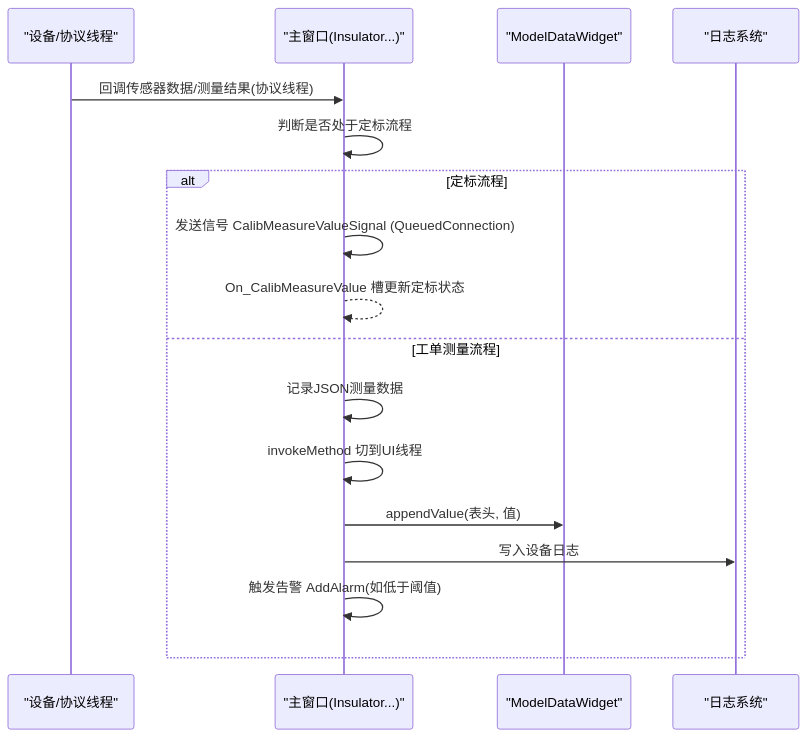
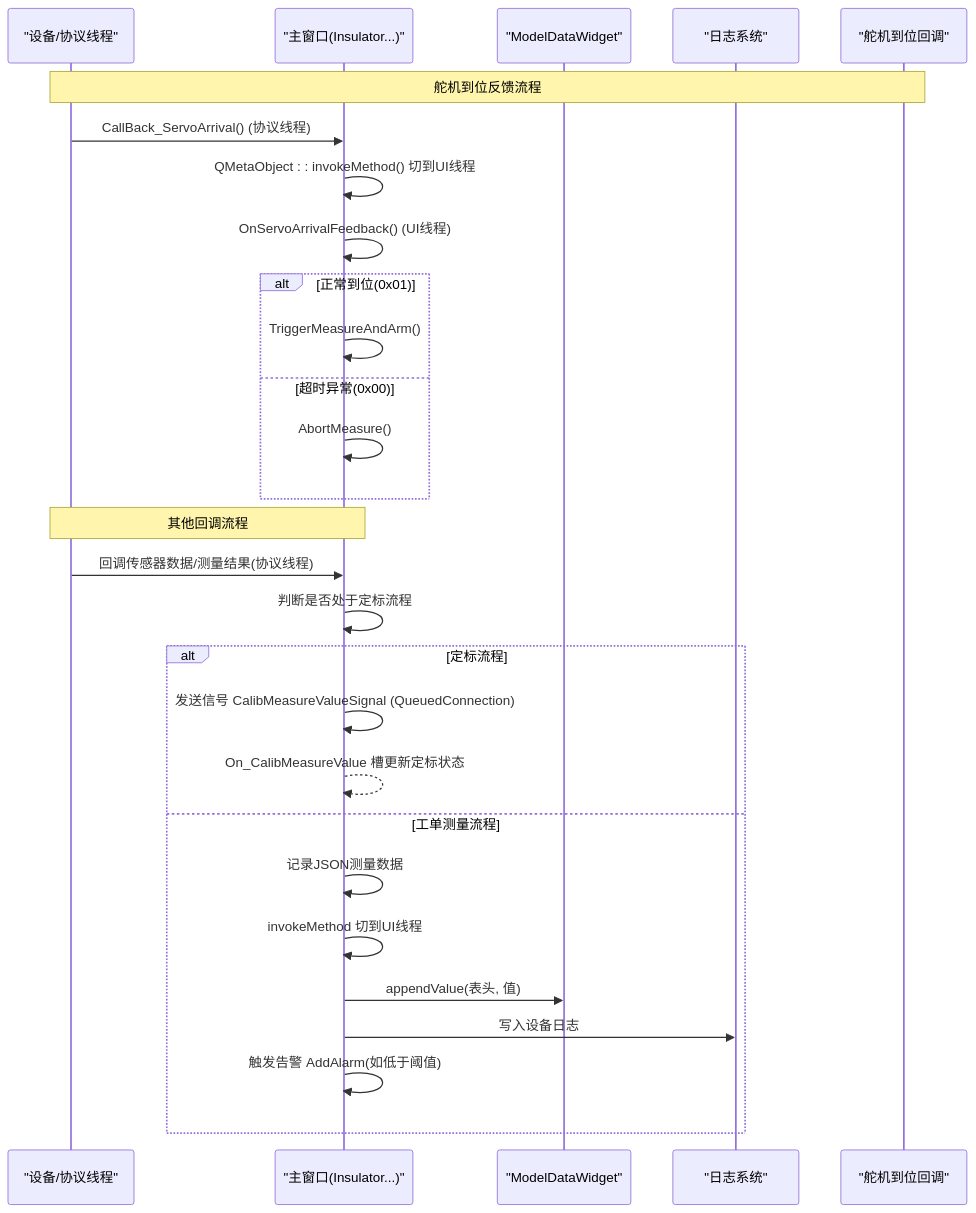
One commit to yangreest/Zero-value-Insulator-Robot-V2 changed the second of 6 diagrams in .qoder/repowiki/zh/content/系统架构/模块结构/UI模块.md. Above: the diagram before and after it, drawn with Mermaid. The commit also changed other lines of this file and 4 other files, not shown here.

````diff
--- a/.qoder/repowiki/zh/content/系统架构/模块结构/UI模块.md
+++ b/.qoder/repowiki/zh/content/系统架构/模块结构/UI模块.md
@@ -83,19 +93,30 @@
 ```mermaid
 sequenceDiagram
 participant Dev as "设备/协议线程"
 participant Main as "主窗口(Insulator...)"
 participant Chart as "ModelDataWidget"
 participant Log as "日志系统"
+participant Servo as "舵机到位回调"
+Note over Dev,Servo : 舵机到位反馈流程
+Dev->>Main : CallBack_ServoArrival() (协议线程)
+Main->>Main : QMetaObject : : invokeMethod() 切到UI线程
+Main->>Main : OnServoArrivalFeedback() (UI线程)
+alt 正常到位(0x01)
+Main->>Main : TriggerMeasureAndArm()
+else 超时异常(0x00)
+Main->>Main : AbortMeasure()
+end
+Note over Dev,Main : 其他回调流程
 Dev->>Main : 回调传感器数据/测量结果(协议线程)
 Main->>Main : 判断是否处于定标流程
 alt 定标流程
 Main->>Main : 发送信号 CalibMeasureValueSignal (QueuedConnection)
 Main-->>Main : On_CalibMeasureValue 槽更新定标状态
 else 工单测量流程
 Main->>Main : 记录JSON测量数据
 Main->>Main : invokeMethod 切到UI线程
 Main->>Chart : appendValue(表头, 值)
 Main->>Log : 写入设备日志
 Main->>Main : 触发告警 AddAlarm(如低于阈值)
 end
 ```
````
